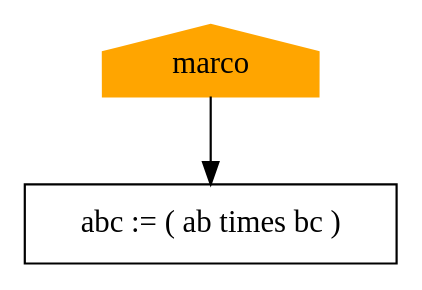
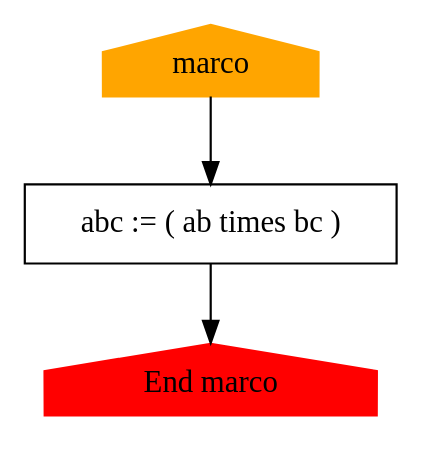
Before and after one commit to AloveIs/COT_lab: the diagram in marcoCFG.gv, drawn with Graphviz. The commit also changed 15 other files, not shown here.

```diff
--- a/marcoCFG.gv
+++ b/marcoCFG.gv
@@ -1,5 +1,7 @@
 digraph marcoCFG {
-	140625506585264 [label=marco color=orange shape=house style=filled]
-	140625506585264 -> 140625506110544
-	140625506110544 [label="{abc := ( ab times bc )}" shape=record]
+	140700635505792 [label=marco color=orange shape=house style=filled]
+	0 [label="End marco" color=red shape=house style=filled]
+	140700635505792 -> 140700635558160
+	140700635558160 [label="{abc := ( ab times bc )}" shape=record]
+	140700635558160 -> 0
 }
```
